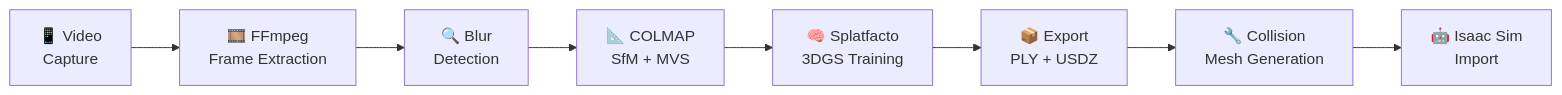
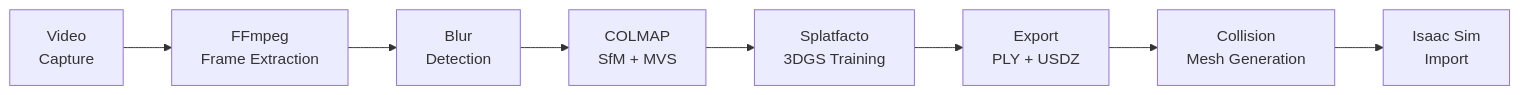
Before and after one commit to rakeshsuthar6322/3d_gaussian_splatting_for_model_city: the diagram in README.md, drawn with Mermaid. The commit also changed other lines of this file, not shown here.

````diff
--- a/README.md
+++ b/README.md
@@ -17,10 +17,10 @@
 ```mermaid
 flowchart LR
-    A["📱 Video\nCapture"] --> B["🎞️ FFmpeg\nFrame Extraction"]
-    B --> C["🔍 Blur\nDetection"]
-    C --> D["📐 COLMAP\nSfM + MVS"]
-    D --> E["🧠 Splatfacto\n3DGS Training"]
-    E --> F["📦 Export\nPLY + USDZ"]
-    F --> G["🔧 Collision\nMesh Generation"]
-    G --> H["🤖 Isaac Sim\nImport"]
+    A["Video\nCapture"] --> B["FFmpeg\nFrame Extraction"]
+    B --> C["Blur\nDetection"]
+    C --> D["COLMAP\nSfM + MVS"]
+    D --> E["Splatfacto\n3DGS Training"]
+    E --> F["Export\nPLY + USDZ"]
+    F --> G["Collision\nMesh Generation"]
+    G --> H["Isaac Sim\nImport"]
 ```
````
